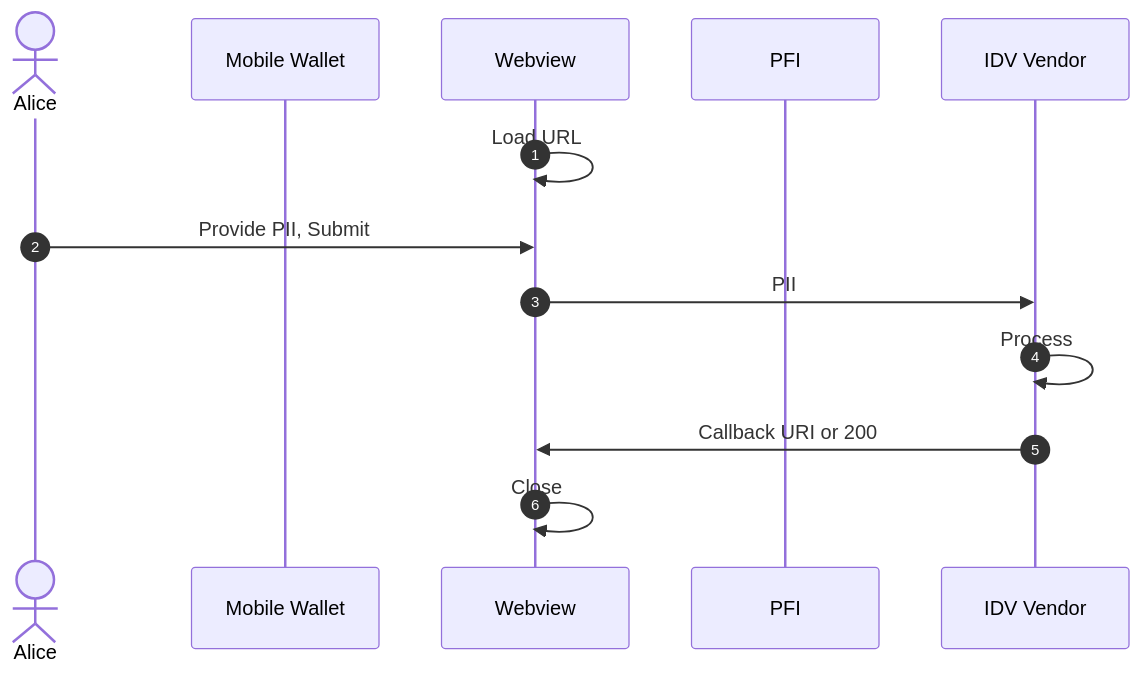
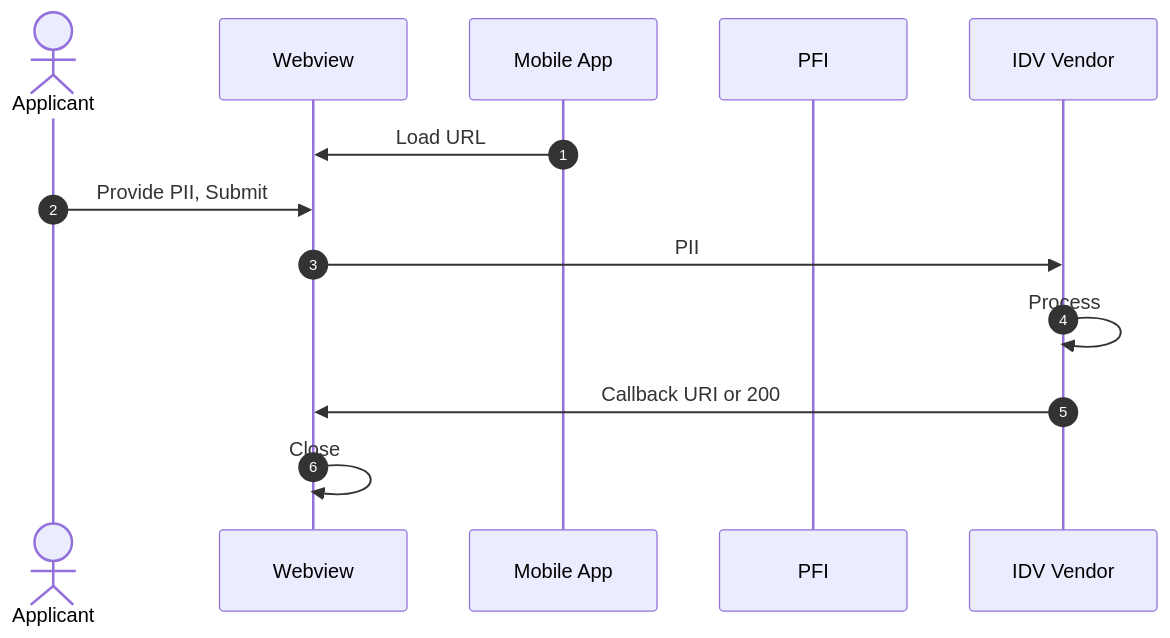
Before and after one commit to TBD54566975/known-customer-credential: the third of 6 diagrams in README.md, drawn with Mermaid. The commit also changed other lines of this file, not shown here.

````diff
--- a/README.md
+++ b/README.md
@@ -304,18 +365,18 @@
 ```mermaid
 sequenceDiagram
 autonumber
 
-actor A as Alice 
-participant D as Mobile Wallet
+actor A as Applicant 
 participant W as Webview
+participant D as Mobile App
 participant P as PFI
 participant V as IDV Vendor
 
 
-W->>W: Load URL
+D->>W: Load URL
 A->>W: Provide PII, Submit
 W->>V: PII
 V->>V: Process
 V->>W: Callback URI or 200
 W->>W: Close
 ```
````
